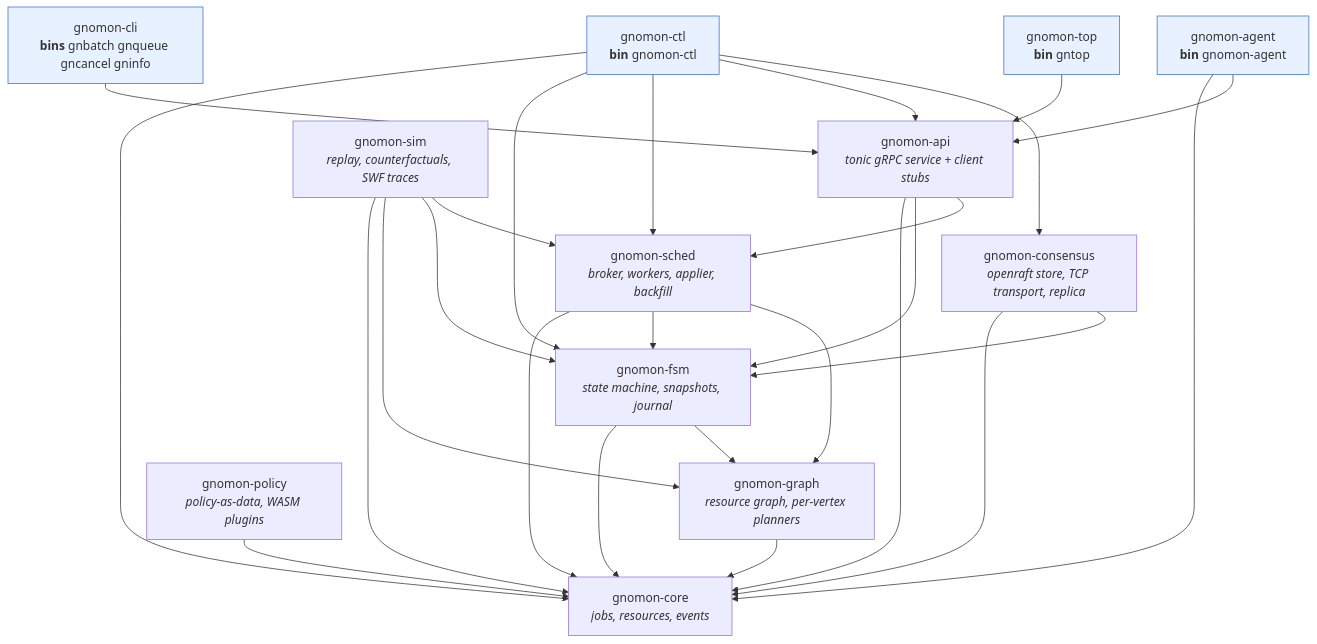
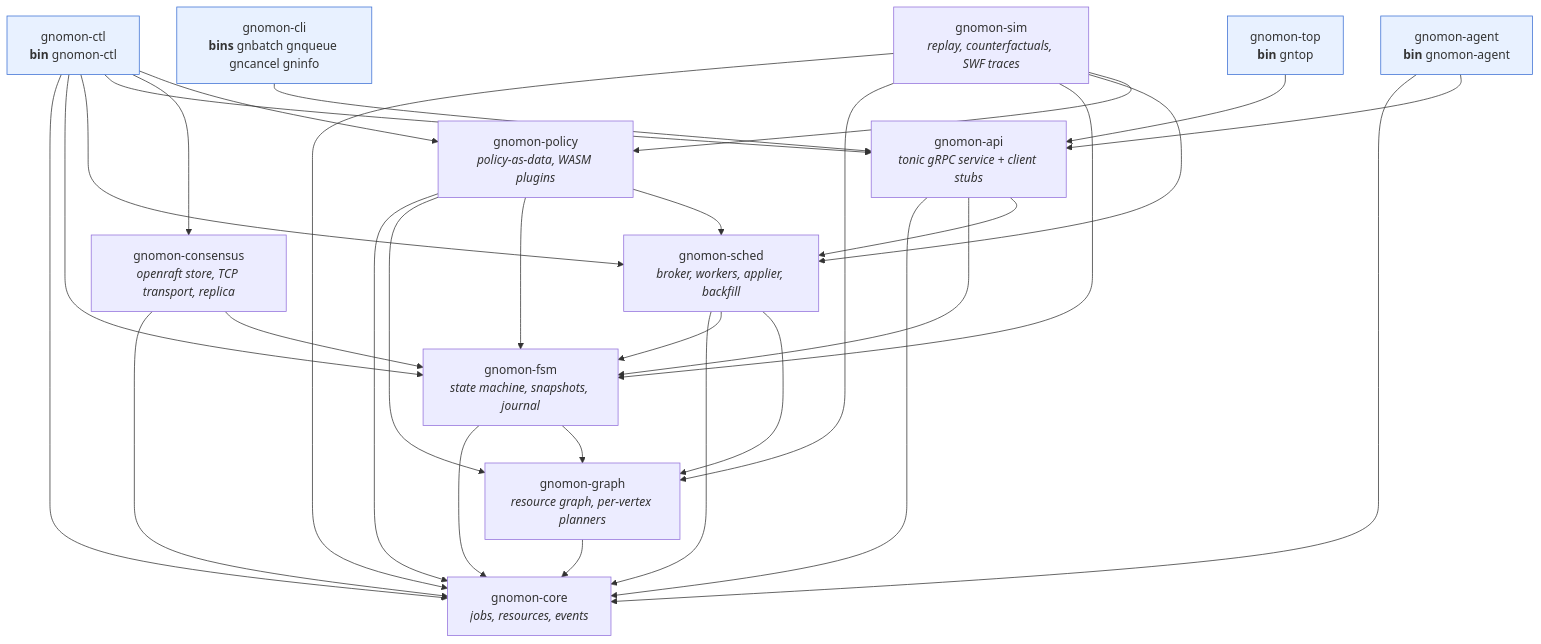
One commit to jasonkolodziej/gnomon changed the second of 8 diagrams in docs/ARCHITECTURE.md. Above: the diagram before and after it, drawn with Mermaid. The commit also changed other lines of this file and 48 other files, not shown here.

````diff
--- a/docs/ARCHITECTURE.md
+++ b/docs/ARCHITECTURE.md
@@ -55,30 +55,30 @@
 ```mermaid
 flowchart TD
     core["gnomon-core<br/><i>jobs, resources, events</i>"]
     rgraph["gnomon-graph<br/><i>resource graph, per-vertex planners</i>"]
     fsm["gnomon-fsm<br/><i>state machine, snapshots, journal</i>"]
     sched["gnomon-sched<br/><i>broker, workers, applier, backfill</i>"]
     policy["gnomon-policy<br/><i>policy-as-data, WASM plugins</i>"]
     consensus["gnomon-consensus<br/><i>openraft store, TCP transport, replica</i>"]
     api["gnomon-api<br/><i>tonic gRPC service + client stubs</i>"]
     ctl["gnomon-ctl<br/><b>bin</b> gnomon-ctl"]
     agent["gnomon-agent<br/><b>bin</b> gnomon-agent"]
     cli["gnomon-cli<br/><b>bins</b> gnbatch gnqueue gncancel gninfo"]
     top["gnomon-top<br/><b>bin</b> gntop"]
     sim["gnomon-sim<br/><i>replay, counterfactuals, SWF traces</i>"]
 
     rgraph --> core
     fsm --> core & rgraph
     sched --> core & fsm & rgraph
-    policy --> core
+    policy --> core & rgraph & fsm & sched
     consensus --> core & fsm
     api --> core & fsm & sched
-    ctl --> core & fsm & sched & api & consensus
+    ctl --> core & fsm & sched & api & consensus & policy
     agent --> core & api
     cli --> api
     top --> api
-    sim --> core & rgraph & fsm & sched
+    sim --> core & rgraph & fsm & sched & policy
 
     classDef bin fill:#e8f1ff,stroke:#3b6fd4
     class ctl,agent,cli,top bin
 ```
````
